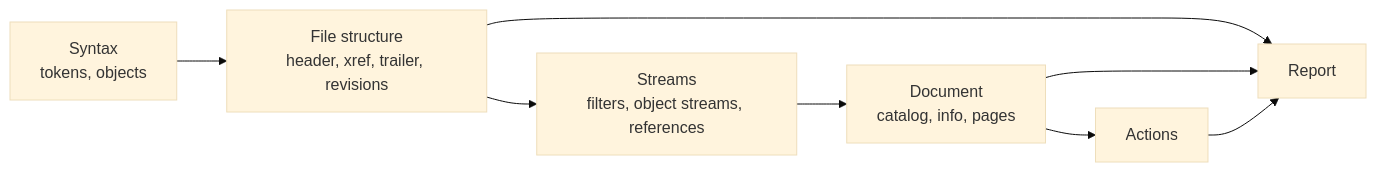
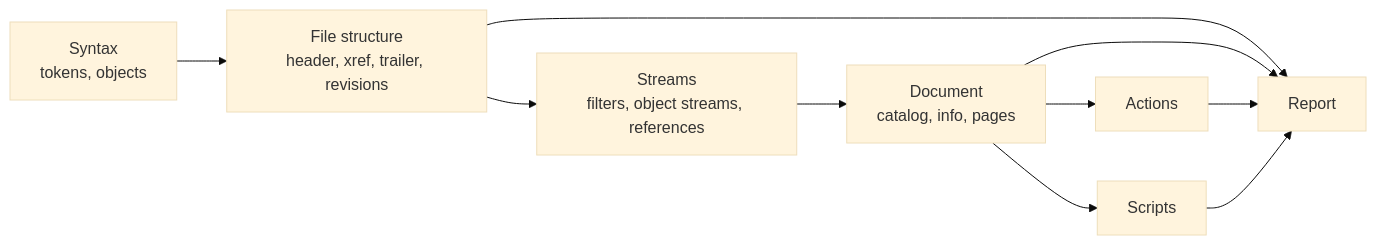
One commit to photom/benchside changed the diagram in docs/reference/pdf/README.md. Above: the diagram before and after it, drawn with Mermaid (base theme). The commit also changed other lines of this file and 30 other files, not shown here.

Commit message:
Find PDF scripts outside actions (#11)

````diff
--- a/docs/reference/pdf/README.md
+++ b/docs/reference/pdf/README.md
@@ -14,8 +14,9 @@
 ```mermaid
 flowchart LR
   syntax["Syntax<br/>tokens, objects"] --> structure["File structure<br/>header, xref, trailer, revisions"]
   structure --> streams["Streams<br/>filters, object streams, references"]
   streams --> document["Document<br/>catalog, info, pages"]
   document --> actions[Actions]
-  structure & document & actions --> report[Report]
+  document --> scripts[Scripts]
+  structure & document & actions & scripts --> report[Report]
 ```
````
